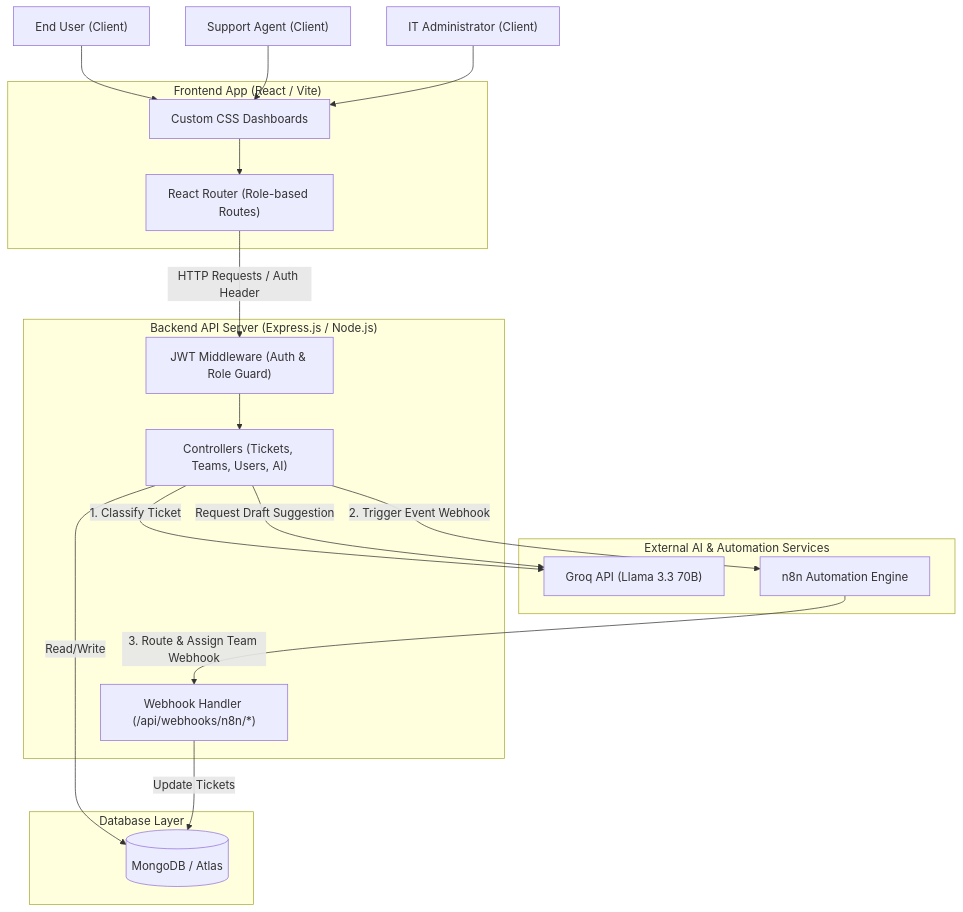
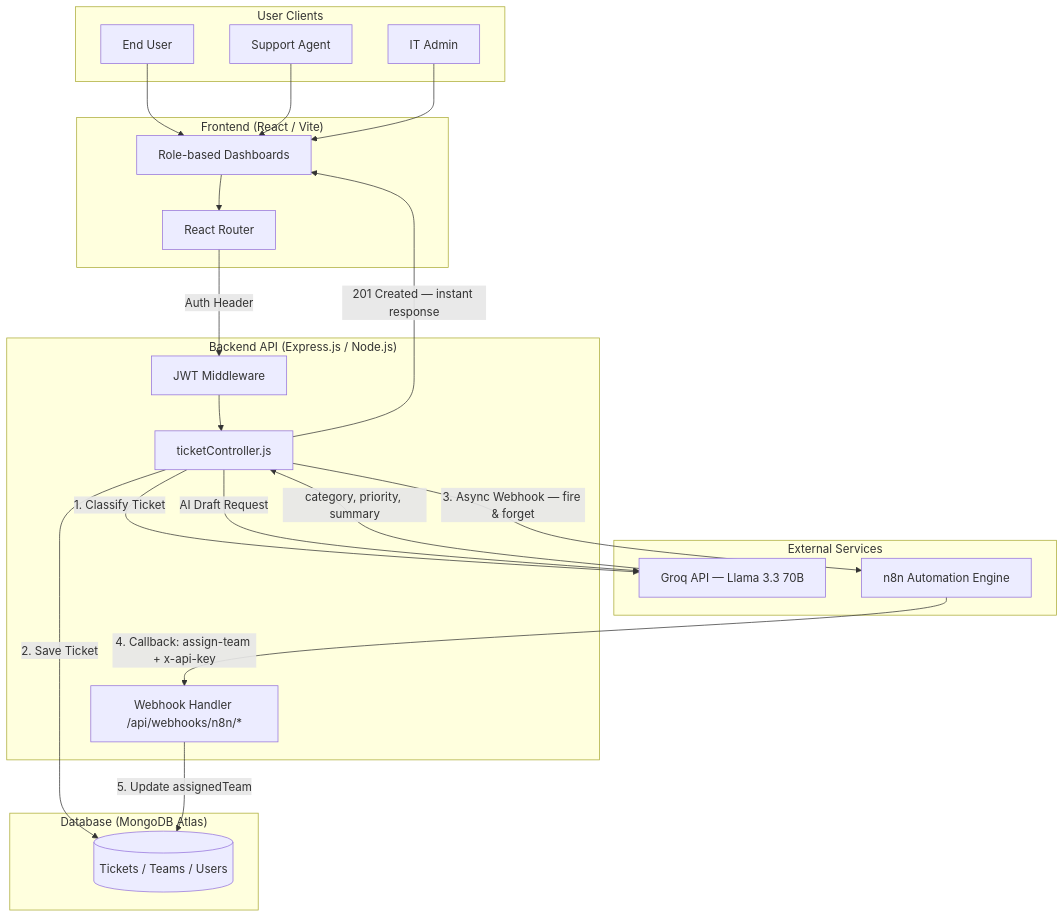
The diagram in README.md (Prajwalgb99/AI-Helpdesk-System), drawn with Mermaid before and after one commit. The commit also changed other lines of this file, not shown here.

````diff
--- a/README.md
+++ b/README.md
@@ -130,38 +91,36 @@
 ```mermaid
 graph TD
-    User["End User (Client)"]
-    Agent["Support Agent (Client)"]
-    Admin["IT Administrator (Client)"]
-    
-    subgraph Frontend ["Frontend App (React / Vite)"]
-        UI["Custom CSS Dashboards"]
-        Router["React Router (Role-based Routes)"]
+    subgraph Clients ["User Clients"]
+        U["End User"] & AG["Support Agent"] & AD["IT Admin"]
     end
 
-    subgraph Backend ["Backend API Server (Express.js / Node.js)"]
-        Auth["JWT Middleware (Auth & Role Guard)"]
-        Controllers["Controllers (Tickets, Teams, Users, AI)"]
-        Webhooks["Webhook Handler (/api/webhooks/n8n/*)"]
+    subgraph Frontend ["Frontend (React / Vite)"]
+        UI["Role-based Dashboards"]
+        Router["React Router"]
     end
 
-    subgraph Databases ["Database Layer"]
-        DB[(MongoDB / Atlas)]
+    subgraph Backend ["Backend API (Express.js / Node.js)"]
+        Auth["JWT Middleware"]
+        TC["ticketController.js"]
+        WH["Webhook Handler /api/webhooks/n8n/*"]
     end
 
-    subgraph External ["External AI & Automation Services"]
-        Groq["Groq API (Llama 3.3 70B)"]
+    subgraph DB ["Database (MongoDB Atlas)"]
+        Mongo[(Tickets / Teams / Users)]
+    end
+
+    subgraph External ["External Services"]
+        Groq["Groq API — Llama 3.3 70B"]
         n8n["n8n Automation Engine"]
     end
 
-    User & Agent & Admin --> UI
-    UI --> Router
-    Router -->|HTTP Requests / Auth Header| Auth
-    Auth --> Controllers
-    Controllers -->|Read/Write| DB
-    Webhooks -->|Update Tickets| DB
-
-    Controllers -->|1. Classify Ticket| Groq
-    Controllers -->|2. Trigger Event Webhook| n8n
-    n8n -->|3. Route & Assign Team Webhook| Webhooks
-    Controllers -->|Request Draft Suggestion| Groq
+    U & AG & AD --> UI --> Router -->|Auth Header| Auth --> TC
+    TC -->|1. Classify Ticket| Groq
+    Groq -->|category, priority, summary| TC
+    TC -->|2. Save Ticket| Mongo
+    TC -->|3. Async Webhook — fire & forget| n8n
+    TC -->|201 Created — instant response| UI
+    n8n -->|4. Callback: assign-team + x-api-key| WH
+    WH -->|5. Update assignedTeam| Mongo
+    TC -->|AI Draft Request| Groq
 ```
````
